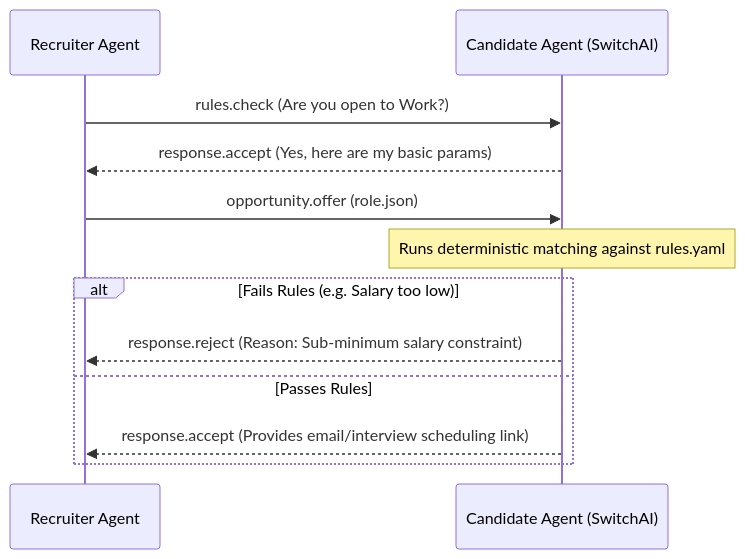
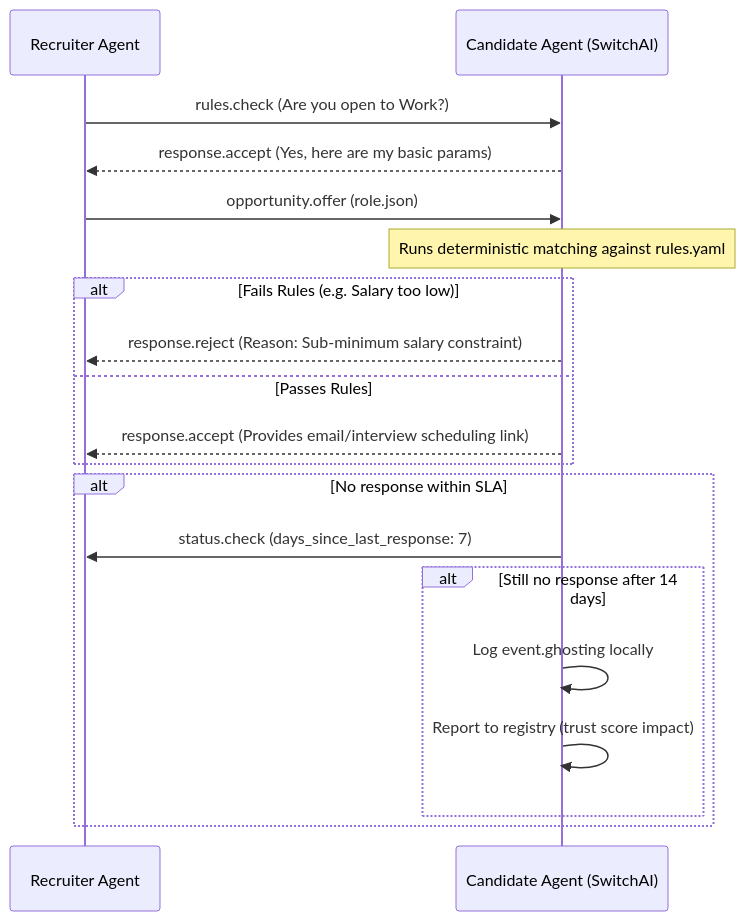
Before and after one commit to traylinx/scoutica-protocol: the diagram in .specs/network/05_AGENT_COMMUNICATION.md, drawn with Mermaid. The commit also changed other lines of this file and 8 other files, not shown here.

First line of the commit message:
fix(specs): resolve all 14 audit issues — schemas synced, payloads defined, gaps filled

````diff
--- a/.specs/network/05_AGENT_COMMUNICATION.md
+++ b/.specs/network/05_AGENT_COMMUNICATION.md
@@ -36,21 +58,30 @@
 ```mermaid
 sequenceDiagram
     participant RA as Recruiter Agent
     participant CA as Candidate Agent (SwitchAI)
 
     %% Initial Ping
     RA->>CA: rules.check (Are you open to Work?)
     CA-->>RA: response.accept (Yes, here are my basic params)
 
     %% Formal Pitch
     RA->>CA: opportunity.offer (role.json)
     
     %% Evaluation Phase
     note over CA: Runs deterministic matching against rules.yaml
     
     alt Fails Rules (e.g. Salary too low)
         CA-->>RA: response.reject (Reason: Sub-minimum salary constraint)
     else Passes Rules
         CA-->>RA: response.accept (Provides email/interview scheduling link)
     end
+
+    %% Ghosting Detection
+    alt No response within SLA
+        CA->>RA: status.check (days_since_last_response: 7)
+        alt Still no response after 14 days
+            CA->>CA: Log event.ghosting locally
+            CA->>CA: Report to registry (trust score impact)
+        end
+    end
 ```
````
